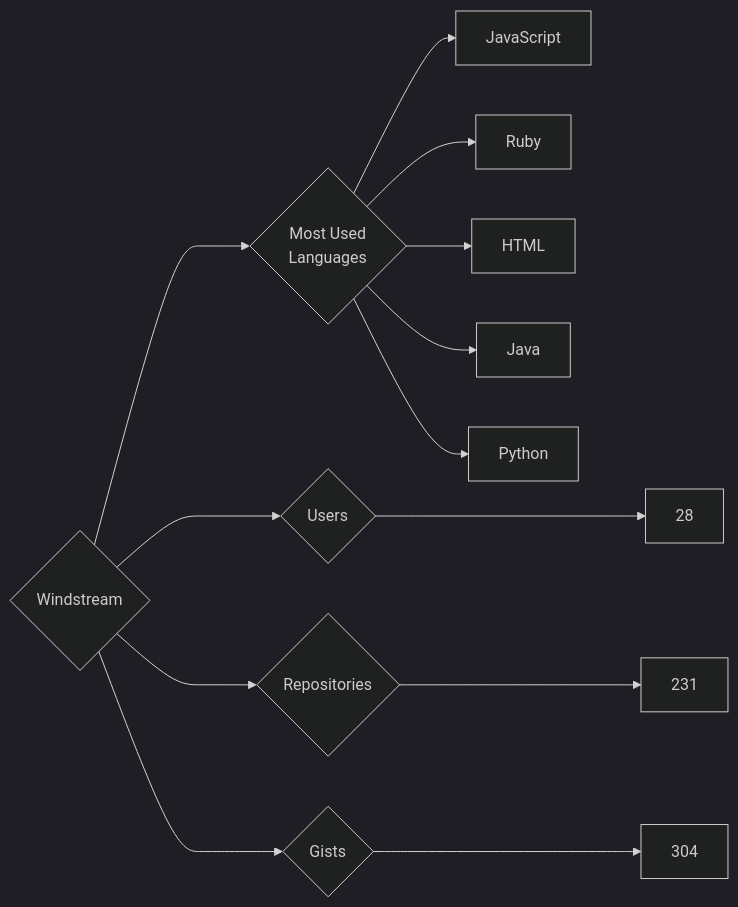
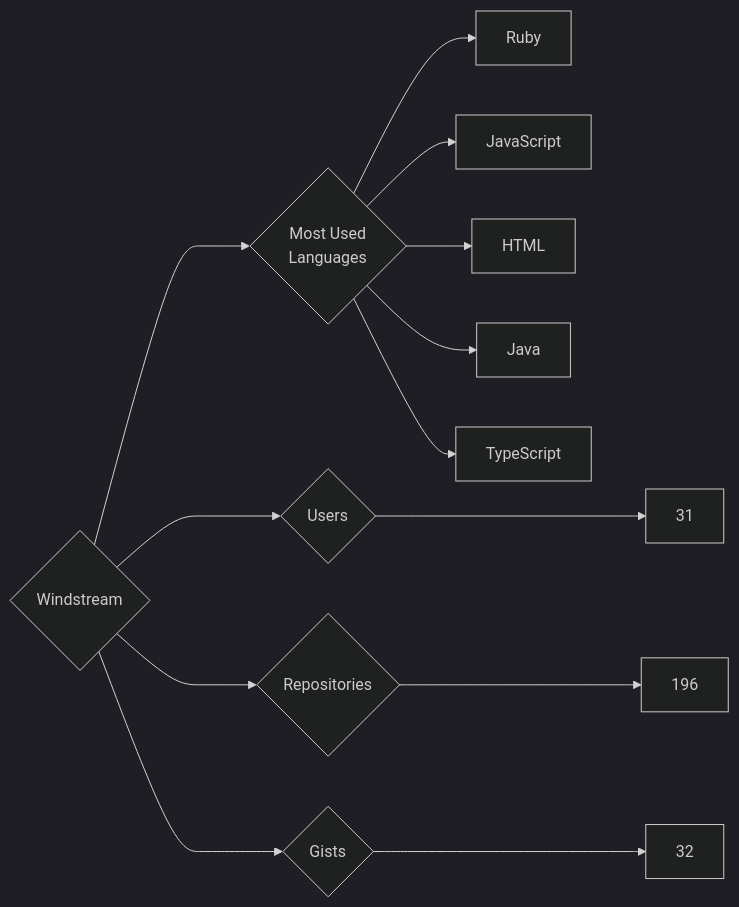
Before and after one commit to trickest/insiders: the diagram in targets/Windstream/README.md, drawn with Mermaid (dark theme). The commit also changed 765 other files, not shown here.

````diff
--- a/targets/Windstream/README.md
+++ b/targets/Windstream/README.md
@@ -3,13 +3,13 @@
 ```mermaid
 graph LR
 COMPANY_NAME{Windstream}
-COMPANY_NAME ---> U{Users} ---> UN[28]
-COMPANY_NAME ---> R{Repositories} ---> RN[231]
-COMPANY_NAME ---> G{Gists} ---> GN[304]
+COMPANY_NAME ---> U{Users} ---> UN[31]
+COMPANY_NAME ---> R{Repositories} ---> RN[196]
+COMPANY_NAME ---> G{Gists} ---> GN[32]
 COMPANY_NAME ---> ML{Most Used<br>Languages}
+ML --> Ruby[Ruby]
 ML --> JavaScript[JavaScript]
-ML --> Ruby[Ruby]
 ML --> HTML[HTML]
 ML --> Java[Java]
-ML --> Python[Python]
+ML --> TypeScript[TypeScript]
 ```
````
